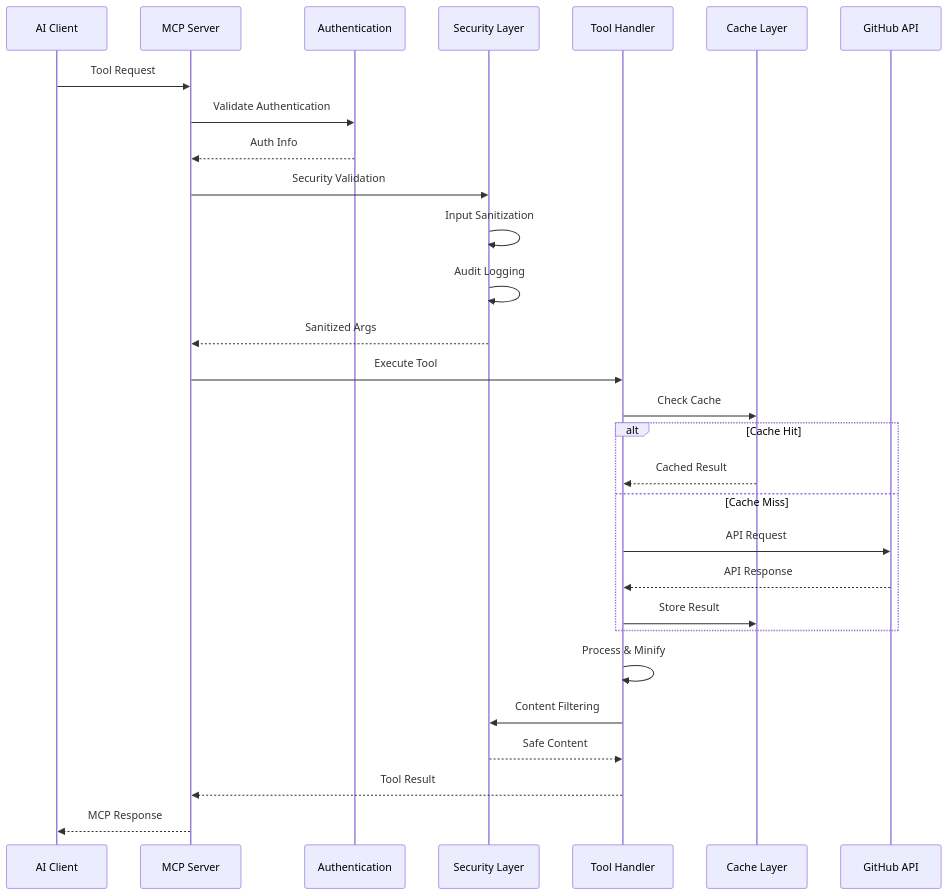
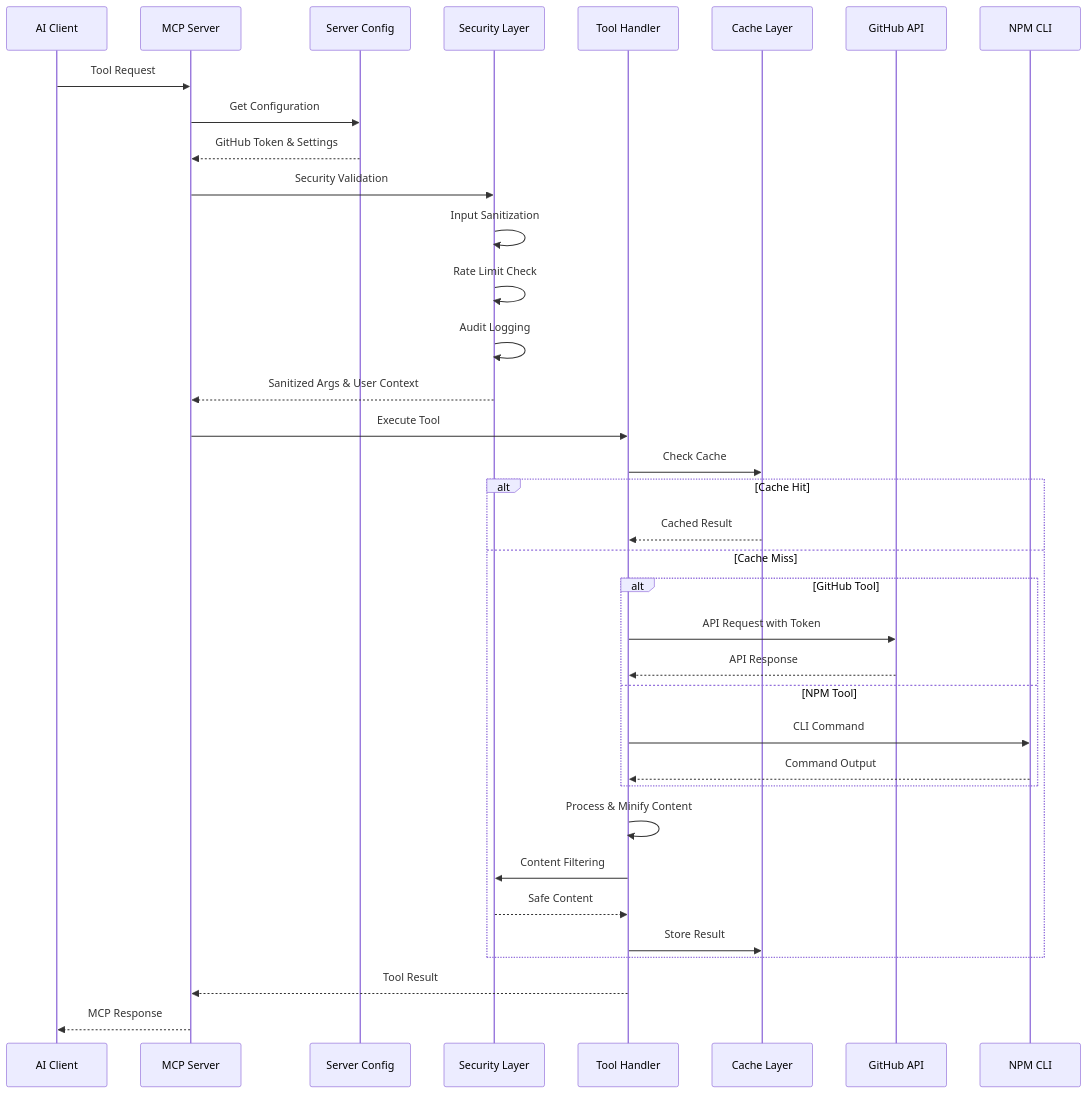
The second of 3 diagrams in packages/octocode-mcp/docs/summary.md (bgauryy/octocode-mcp), drawn with Mermaid before and after one commit. The commit also changed other lines of this file and 141 other files, not shown here.

````diff
--- a/packages/octocode-mcp/docs/summary.md
+++ b/packages/octocode-mcp/docs/summary.md
@@ -299,32 +437,39 @@
 ```mermaid
 sequenceDiagram
     participant Client as AI Client
     participant Server as MCP Server
-    participant Auth as Authentication
+    participant Config as Server Config
     participant Security as Security Layer
     participant Tool as Tool Handler
     participant Cache as Cache Layer
-    participant API as GitHub API
+    participant GitHub as GitHub API
+    participant NPM as NPM CLI
     
     Client->>Server: Tool Request
-    Server->>Auth: Validate Authentication
-    Auth-->>Server: Auth Info
+    Server->>Config: Get Configuration
+    Config-->>Server: GitHub Token & Settings
     Server->>Security: Security Validation
     Security->>Security: Input Sanitization
+    Security->>Security: Rate Limit Check
     Security->>Security: Audit Logging
-    Security-->>Server: Sanitized Args
+    Security-->>Server: Sanitized Args & User Context
     Server->>Tool: Execute Tool
     Tool->>Cache: Check Cache
     alt Cache Hit
         Cache-->>Tool: Cached Result
     else Cache Miss
-        Tool->>API: API Request
-        API-->>Tool: API Response
+        alt GitHub Tool
+            Tool->>GitHub: API Request with Token
+            GitHub-->>Tool: API Response
+        else NPM Tool
+            Tool->>NPM: CLI Command
+            NPM-->>Tool: Command Output
+        end
+        Tool->>Tool: Process & Minify Content
+        Tool->>Security: Content Filtering
+        Security-->>Tool: Safe Content
         Tool->>Cache: Store Result
     end
-    Tool->>Tool: Process & Minify
-    Tool->>Security: Content Filtering
-    Security-->>Tool: Safe Content
     Tool-->>Server: Tool Result
     Server-->>Client: MCP Response
 ```
````
